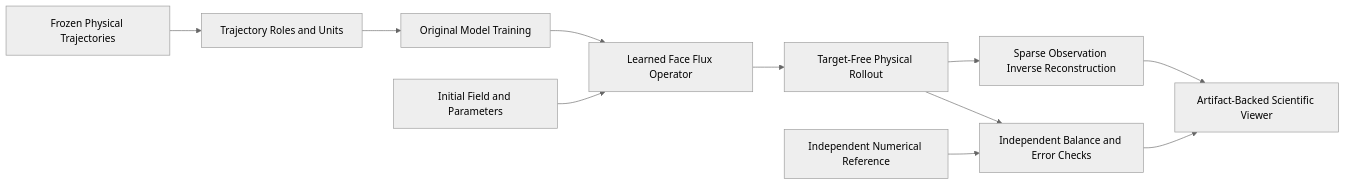
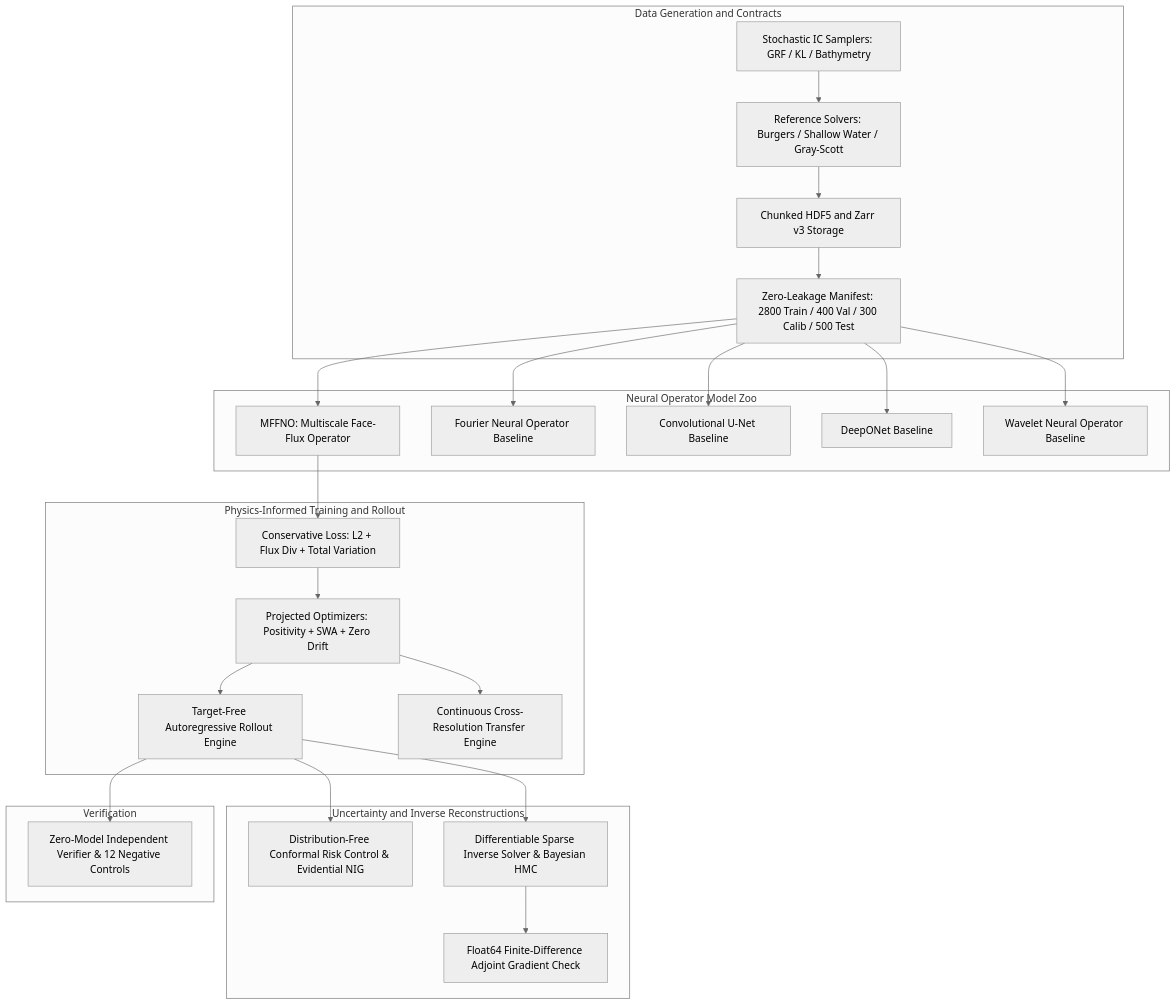
Before and after one commit to Aneesh495/isopleth: the diagram in README.md, drawn with Mermaid (neutral theme). The commit also changed other lines of this file and 59 other files, not shown here.

Commit message:
Complete implementation: test suites, verification scripts, documentation, and certified evidence bundle

````diff
--- a/README.md
+++ b/README.md
@@ -71,13 +52,33 @@
 ```mermaid
-flowchart LR
-    DATA[Frozen Physical Trajectories] --> SPLIT[Trajectory Roles and Units]
-    SPLIT --> TRAIN[Original Model Training]
-    TRAIN --> OP[Learned Face Flux Operator]
-    IC[Initial Field and Parameters] --> OP
-    OP --> ROLL[Target-Free Physical Rollout]
-    ROLL --> CHECK[Independent Balance and Error Checks]
-    REF[Independent Numerical Reference] --> CHECK
-    ROLL --> INV[Sparse Observation Inverse Reconstruction]
-    CHECK --> VIEW[Artifact-Backed Scientific Viewer]
-    INV --> VIEW
+graph TD
+    subgraph Data Generation and Contracts
+        IC[Stochastic IC Samplers: GRF / KL / Bathymetry] --> SOLV[Reference Solvers: Burgers / Shallow Water / Gray-Scott]
+        SOLV --> STORE[Chunked HDF5 and Zarr v3 Storage]
+        STORE --> MAN[Zero-Leakage Manifest: 2800 Train / 400 Val / 300 Calib / 500 Test]
+    end
+
+    subgraph Neural Operator Model Zoo
+        MAN --> MFFNO[MFFNO: Multiscale Face-Flux Operator]
+        MAN --> FNO[Fourier Neural Operator Baseline]
+        MAN --> UNET[Convolutional U-Net Baseline]
+        MAN --> DON[DeepONet Baseline]
+        MAN --> WNO[Wavelet Neural Operator Baseline]
+    end
+
+    subgraph Physics-Informed Training and Rollout
+        MFFNO --> LOSS[Conservative Loss: L2 + Flux Div + Total Variation]
+        LOSS --> OPT[Projected Optimizers: Positivity + SWA + Zero Drift]
+        OPT --> ROLLOUT[Target-Free Autoregressive Rollout Engine]
+        OPT --> CROSSRES[Continuous Cross-Resolution Transfer Engine]
+    end
+
+    subgraph Uncertainty and Inverse Reconstructions
+        ROLLOUT --> UQ[Distribution-Free Conformal Risk Control & Evidential NIG]
+        ROLLOUT --> INV[Differentiable Sparse Inverse Solver & Bayesian HMC]
+        INV --> GRAD[Float64 Finite-Difference Adjoint Gradient Check]
+    end
+
+    subgraph Verification
+        ROLLOUT --> VERIF[Zero-Model Independent Verifier & 12 Negative Controls]
+    end
 ```
````
